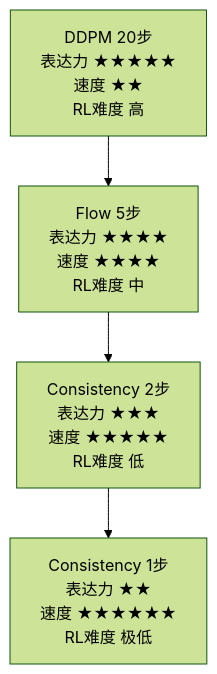
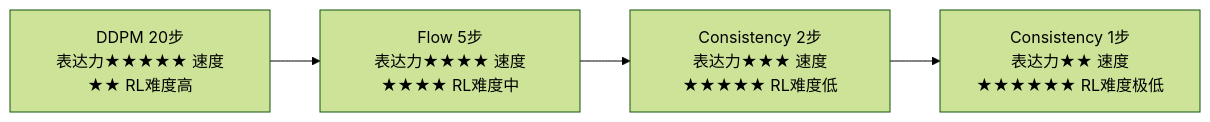
One commit to endlesscollider/paper changed the diagram in 前置知识/000h_前置知识_Consistency_Model与一步生成.md. Above: the diagram before and after it, drawn with Mermaid (forest theme). The commit also changed other lines of this file and 739 other files, not shown here.

First line of the commit message:
docs: 更新文章、系列与论文综述，新增配图与绘图脚本

````diff
--- a/前置知识/000h_前置知识_Consistency_Model与一步生成.md
+++ b/前置知识/000h_前置知识_Consistency_Model与一步生成.md
@@ -358,8 +110,6 @@
 ```mermaid
-graph TD
-    A["DDPM 20步<br/>表达力 ★★★★★<br/>速度 ★★<br/>RL难度 高"]
-    B["Flow 5步<br/>表达力 ★★★★<br/>速度 ★★★★<br/>RL难度 中"]
-    C["Consistency 2步<br/>表达力 ★★★<br/>速度 ★★★★★<br/>RL难度 低"]
-    D["Consistency 1步<br/>表达力 ★★<br/>速度 ★★★★★★<br/>RL难度 极低"]
-    A --> B --> C --> D
+flowchart LR
+    A["DDPM 20步<br/>表达力★★★★★ 速度★★ RL难度高"] --> B["Flow 5步<br/>表达力★★★★ 速度★★★★ RL难度中"]
+    B --> C["Consistency 2步<br/>表达力★★★ 速度★★★★★ RL难度低"]
+    C --> D["Consistency 1步<br/>表达力★★ 速度★★★★★★ RL难度极低"]
 ```
````
